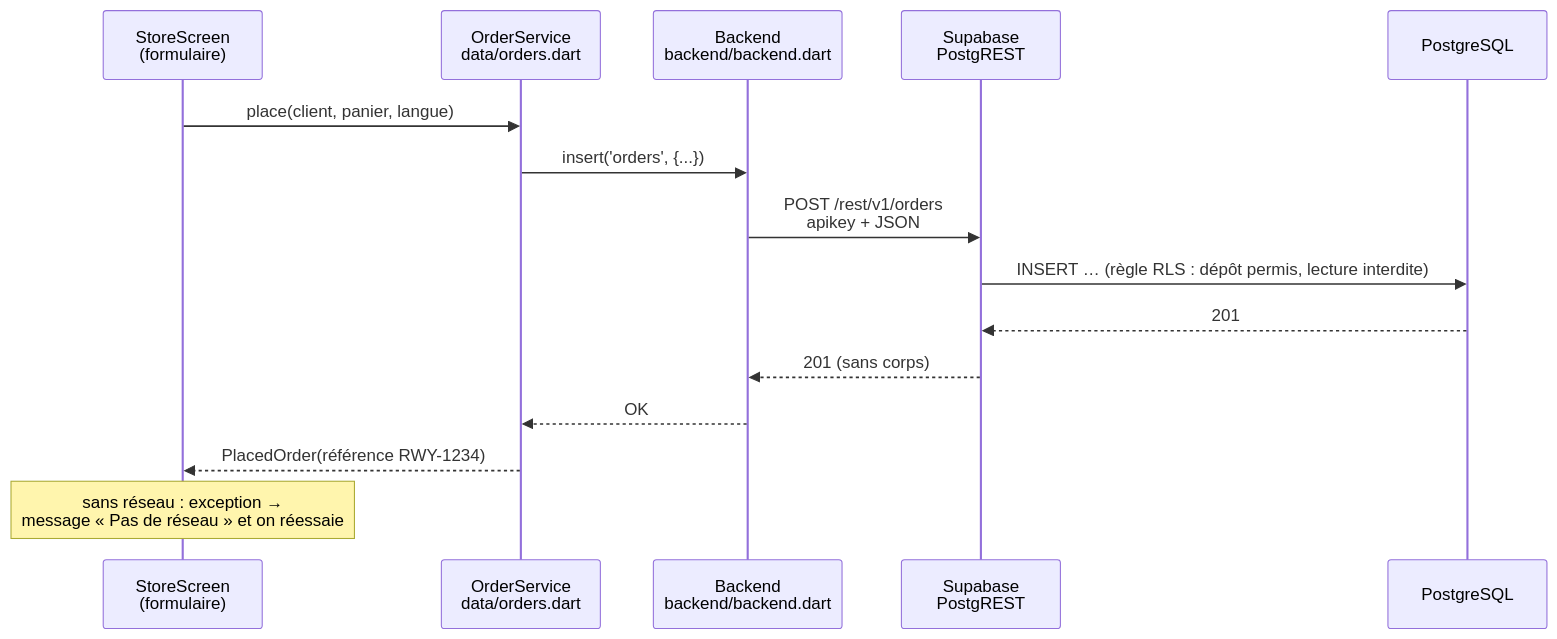
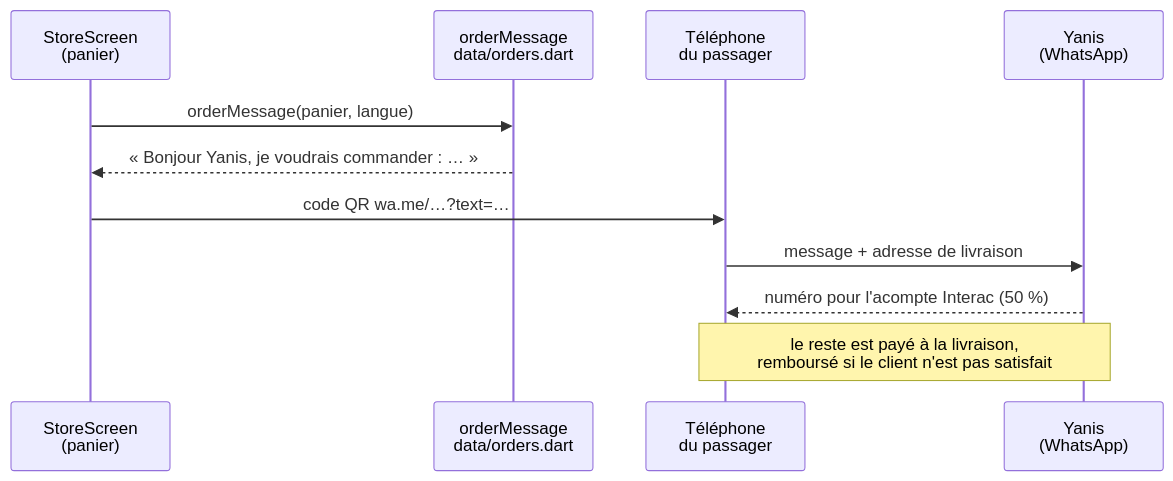
One commit to Yanis312/ride-with-yan changed the second of 2 diagrams in docs/02-flutter.md. Above: the diagram before and after it, drawn with Mermaid. The commit also changed other lines of this file and 49 other files, not shown here.

First line of the commit message:
feat(boutique): rayons hommes et femmes, doudounes, commande WhatsApp

````diff
--- a/docs/02-flutter.md
+++ b/docs/02-flutter.md
@@ -95,18 +100,14 @@
 ```mermaid
 sequenceDiagram
-    participant UI as StoreScreen<br/>(formulaire)
-    participant O as OrderService<br/>data/orders.dart
-    participant B as Backend<br/>backend/backend.dart
-    participant API as Supabase<br/>PostgREST
-    participant SQL as PostgreSQL
+    participant UI as StoreScreen<br/>(panier)
+    participant O as orderMessage<br/>data/orders.dart
+    participant P as Téléphone<br/>du passager
+    participant Y as Yanis<br/>(WhatsApp)
 
-    UI->>O: place(client, panier, langue)
-    O->>B: insert('orders', {...})
-    B->>API: POST /rest/v1/orders<br/>apikey + JSON
-    API->>SQL: INSERT … (règle RLS : dépôt permis, lecture interdite)
-    SQL-->>API: 201
-    API-->>B: 201 (sans corps)
-    B-->>O: OK
-    O-->>UI: PlacedOrder(référence RWY-1234)
-    Note over UI: sans réseau : exception →<br/>message « Pas de réseau » et on réessaie
+    UI->>O: orderMessage(panier, langue)
+    O-->>UI: « Bonjour Yanis, je voudrais commander : … »
+    UI->>P: code QR wa.me/…?text=…
+    P->>Y: message + adresse de livraison
+    Y-->>P: numéro pour l'acompte Interac (50 %)
+    Note over Y,P: le reste est payé à la livraison,<br/>remboursé si le client n'est pas satisfait
 ```
````
